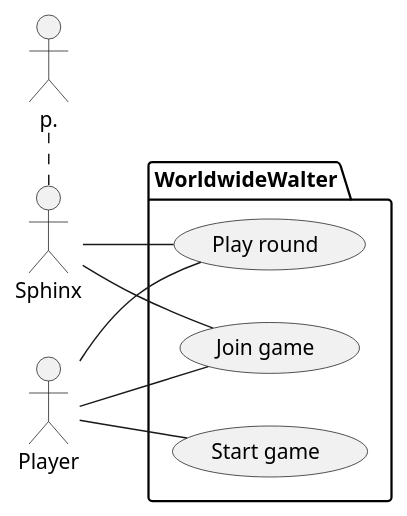
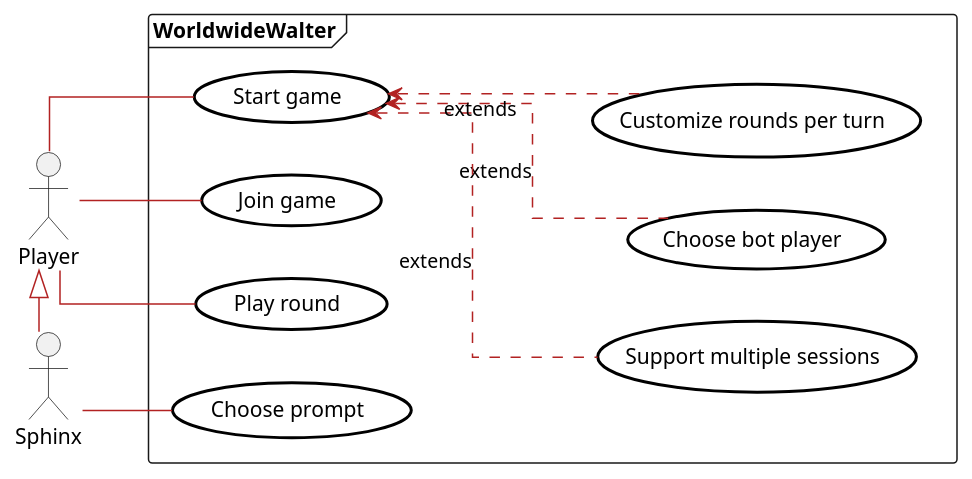
One commit to patrickwinti/worldwidewalter changed the diagram in docs/diagrams/use_case_diagram.plantuml. Above: the diagram before and after it, drawn with PlantUML.

Commit message:
[WWW-59] use case diagram

```diff
--- a/docs/diagrams/use_case_diagram.plantuml
+++ b/docs/diagrams/use_case_diagram.plantuml
@@ -1,16 +1,37 @@
 @startuml
+skinparam usecase {
+    BackgroundColor white
+    BorderColor Black
+    ArrowColor Firebrick
+    BorderThickness 2
+}
+skinparam packageStyle Frame
+skinparam linetype ortho
 left to right direction
+
+'Actors and use cases
 actor Player as p
 actor Sphinx as s
-p..s
-package WorldwideWalter{
-    usecase "Start game" as UC1
+p<|-right-- s
+
+package WorldwideWalter {
+  usecase "Start game" as UC1
+  together{
+    usecase "Support multiple sessions" as UC4
+    usecase "Choose bot player" as UC6
+    usecase "Customize rounds per turn" as UC7
+  }
   usecase "Join game" as UC2
   usecase "Play round" as UC3
+  usecase "Choose prompt" as UC5
 }
+
+'Relationships
 p -- UC1
+UC6 .up..> UC1: extends
+UC4 .up.> UC1: extends
+UC7 .up.> UC1: extends
 p -- UC2
 p -- UC3
-s -- UC2
-s -- UC3
+s -- UC5
 @enduml
```
